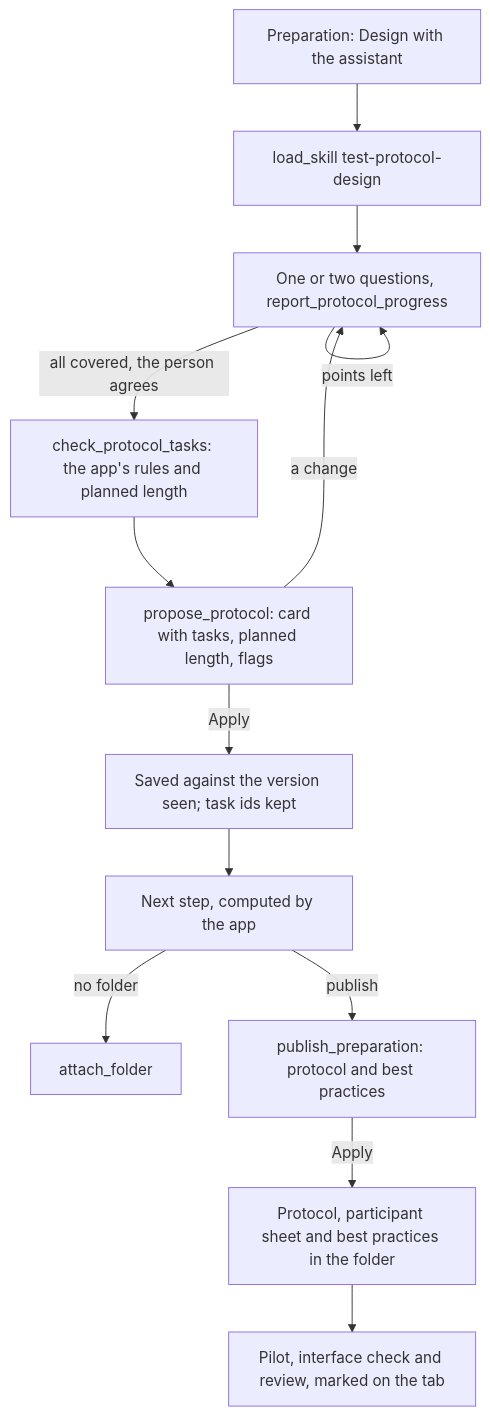
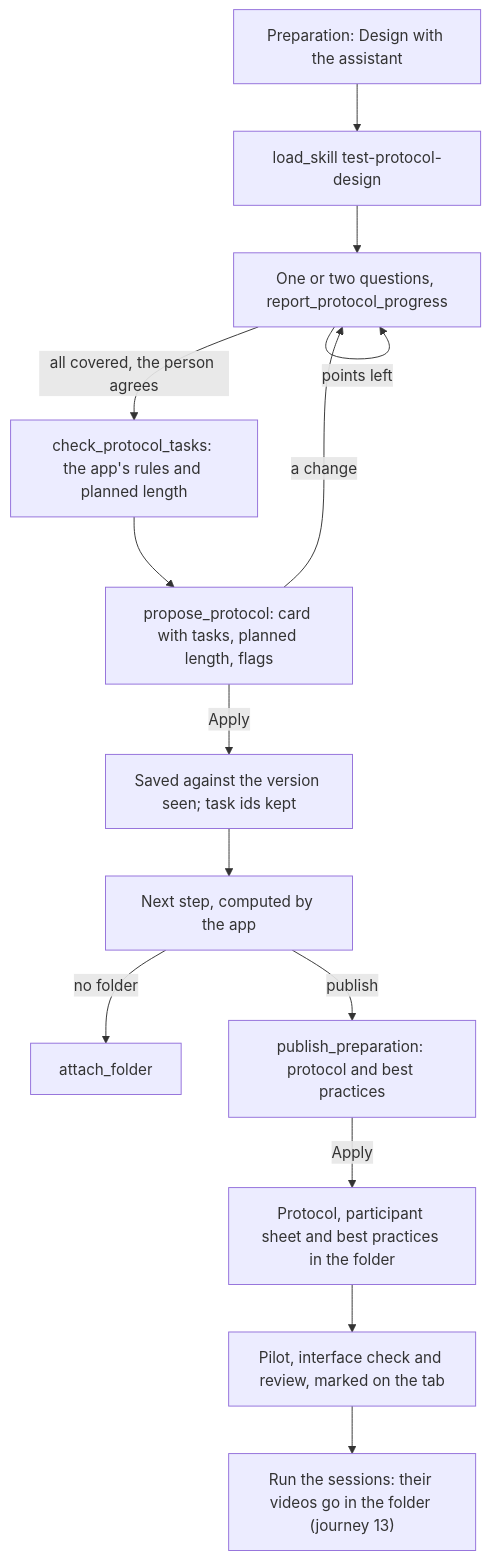
One commit to binarii-io/goodresearch changed the second of 2 diagrams in docs/agent-journeys/12-usability-preparation.md. Above: the diagram before and after it, drawn with Mermaid. The commit also changed 89 other files, not shown here.

First line of the commit message:
feat(usability): test sessions from the videos of the study folder (spec 037) (#52)

````diff
--- a/docs/agent-journeys/12-usability-preparation.md
+++ b/docs/agent-journeys/12-usability-preparation.md
@@ -35,15 +35,16 @@
 ```mermaid
 flowchart TD
     A["Preparation: Design with the assistant"] --> S["load_skill test-protocol-design"]
     S --> Q["One or two questions, report_protocol_progress"]
     Q -->|"points left"| Q
     Q -->|"all covered, the person agrees"| C["check_protocol_tasks: the app's rules and planned length"]
     C --> P["propose_protocol: card with tasks, planned length, flags"]
     P -->|"Apply"| V["Saved against the version seen; task ids kept"]
     P -->|"a change"| Q
     V --> N["Next step, computed by the app"]
     N -->|"no folder"| F["attach_folder"]
     N -->|"publish"| U["publish_preparation: protocol and best practices"]
     U -->|"Apply"| R["Protocol, participant sheet and best practices in the folder"]
     R --> K["Pilot, interface check and review, marked on the tab"]
+    K --> T["Run the sessions: their videos go in the folder (journey 13)"]
 ```
````
